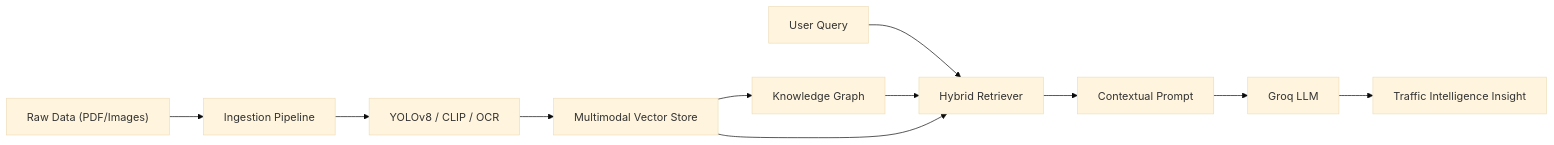
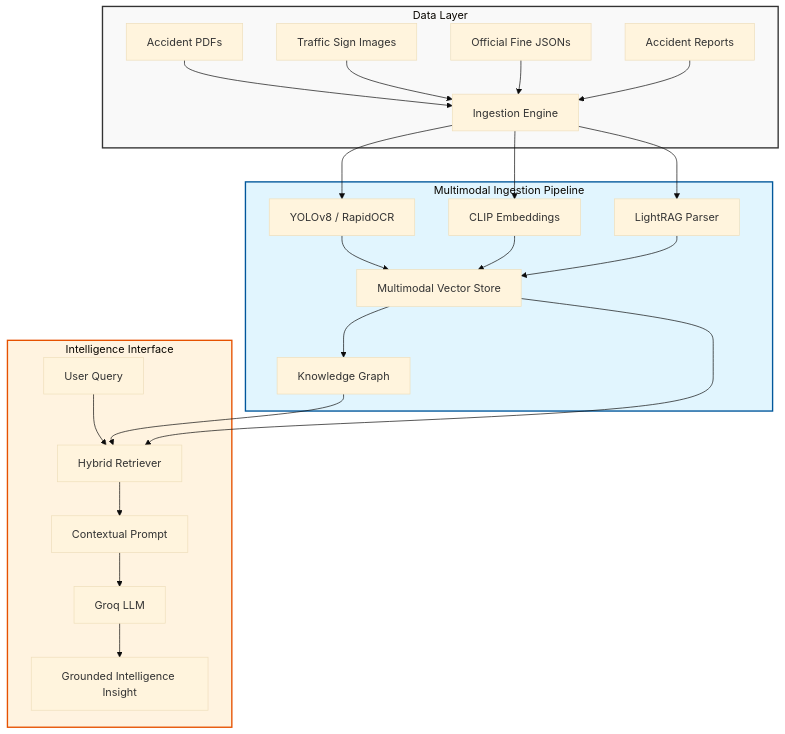
One commit to salik702/Lahore-Traffic-System-Multimodal-RAG changed the diagram in README.md. Above: the diagram before and after it, drawn with Mermaid (base theme). The commit also changed other lines of this file, not shown here.

````diff
--- a/README.md
+++ b/README.md
@@ -81,13 +50,30 @@
 ```mermaid
-flowchart LR
-    A["Raw Data (PDF/Images)"] --> B["Ingestion Pipeline"]
-    B --> C["YOLOv8 / CLIP / OCR"]
-    C --> D["Multimodal Vector Store"]
-    D --> E["Knowledge Graph"]
-    F["User Query"] --> G["Hybrid Retriever"]
-    E --> G
-    D --> G
-    G --> H["Contextual Prompt"]
-    H --> I["Groq LLM"]
-    I --> J["Traffic Intelligence Insight"]
+flowchart TD
+    subgraph Data_Layer [Data Layer]
+        A1[Accident PDFs] --> B
+        A2[Traffic Sign Images] --> B
+        A3[Official Fine JSONs] --> B
+        A4[Accident Reports] --> B
+    end
+
+    subgraph Pipeline [Multimodal Ingestion Pipeline]
+        B[Ingestion Engine] --> C1[YOLOv8 / RapidOCR]
+        B --> C2[CLIP Embeddings]
+        B --> C3[LightRAG Parser]
+        C1 & C2 & C3 --> D[Multimodal Vector Store]
+        D --> E[Knowledge Graph]
+    end
+
+    subgraph Retrieval [Intelligence Interface]
+        F[User Query] --> G[Hybrid Retriever]
+        E --> G
+        D --> G
+        G --> H[Contextual Prompt]
+        H --> I[Groq LLM]
+        I --> J[Grounded Intelligence Insight]
+    end
+
+    style Data_Layer fill:#f9f9f9,stroke:#333,stroke-width:2px
+    style Pipeline fill:#e1f5fe,stroke:#01579b,stroke-width:2px
+    style Retrieval fill:#fff3e0,stroke:#e65100,stroke-width:2px
 ```
````
